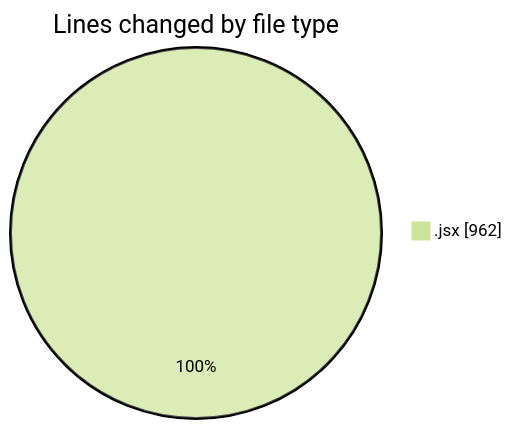
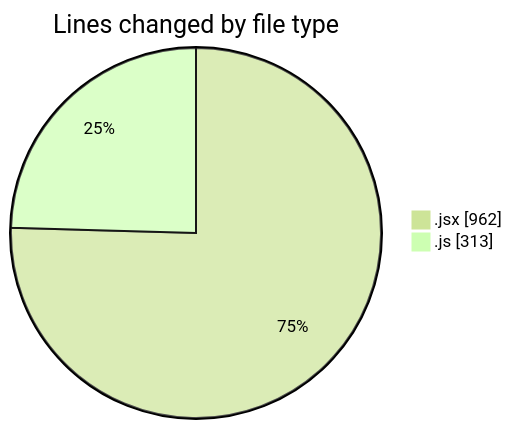
The first of 2 diagrams in 2025-11-07/nxtqube_webapp/README.md (nxtqubesakshisongat/code-tracking), drawn with Mermaid (forest theme) before and after one commit. The commit also changed other lines of this file and 1 other file, not shown here.

````diff
--- a/2025-11-07/nxtqube_webapp/README.md
+++ b/2025-11-07/nxtqube_webapp/README.md
@@ -20,5 +22,6 @@
 ```mermaid
 pie showData
 title Lines changed by file type
 ".jsx" : 962
+".js" : 313
 ```
````
